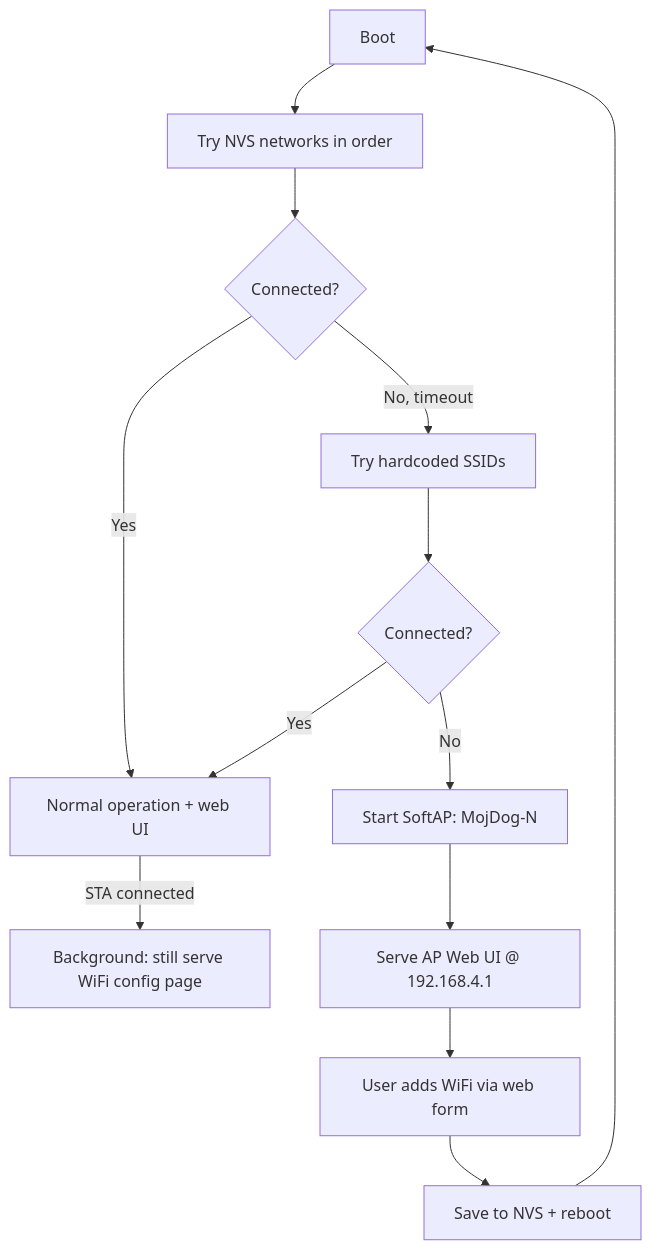
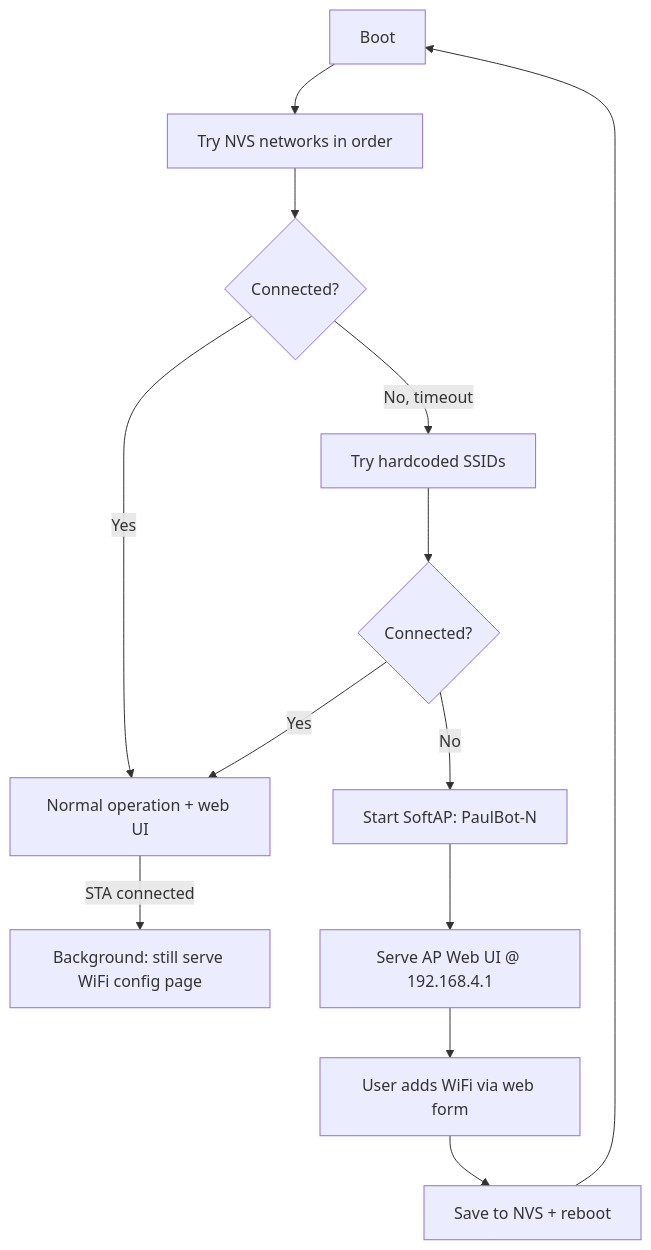
Before and after one commit to meteorinca/robot-fleet: the diagram in firmware/platforms/dogbot_v1/implementation_planBckp.md, drawn with Mermaid. The commit also changed other lines of this file and 8 other files, not shown here.

````diff
--- a/firmware/platforms/dogbot_v1/implementation_planBckp.md
+++ b/firmware/platforms/dogbot_v1/implementation_planBckp.md
@@ -14,16 +14,16 @@
 ```mermaid
 flowchart TD
     A[Boot] --> B[Try NVS networks in order]
     B --> C{Connected?}
     C -->|Yes| D[Normal operation + web UI]
     C -->|No, timeout| E[Try hardcoded SSIDs]
     E --> F{Connected?}
     F -->|Yes| D
-    F -->|No| G["Start SoftAP: MojDog-N"]
+    F -->|No| G["Start SoftAP: PaulBot-N"]
     G --> H["Serve AP Web UI @ 192.168.4.1"]
     H --> I[User adds WiFi via web form]
     I --> J[Save to NVS + reboot]
     J --> A
     
     D -->|STA connected| K[Background: still serve WiFi config page]
 ```
````
